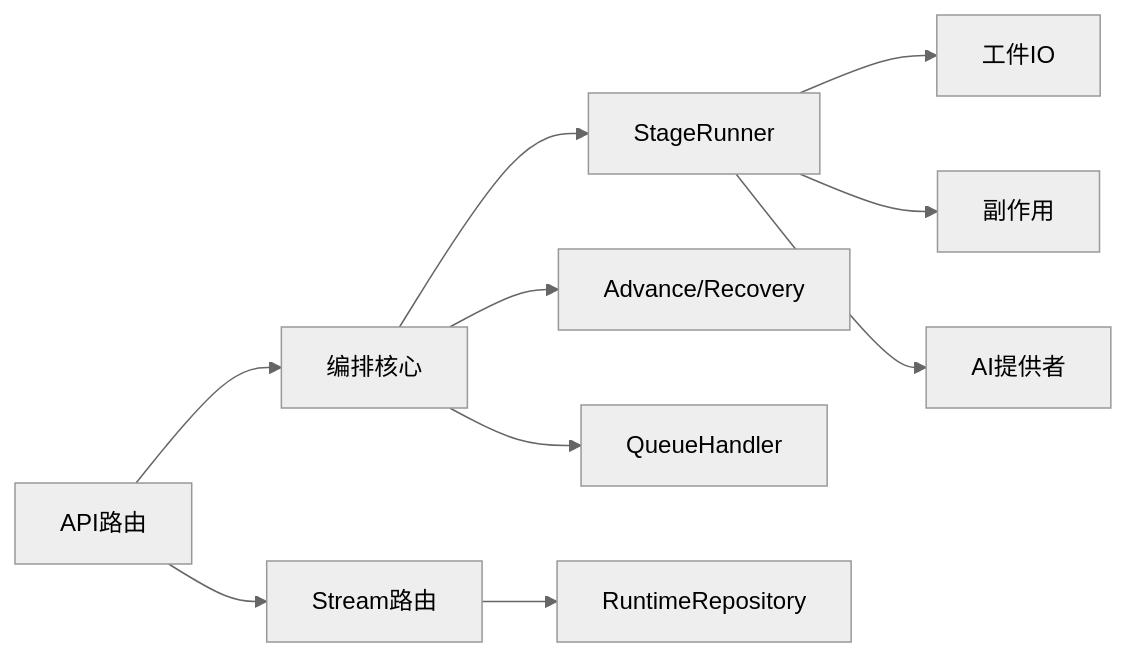
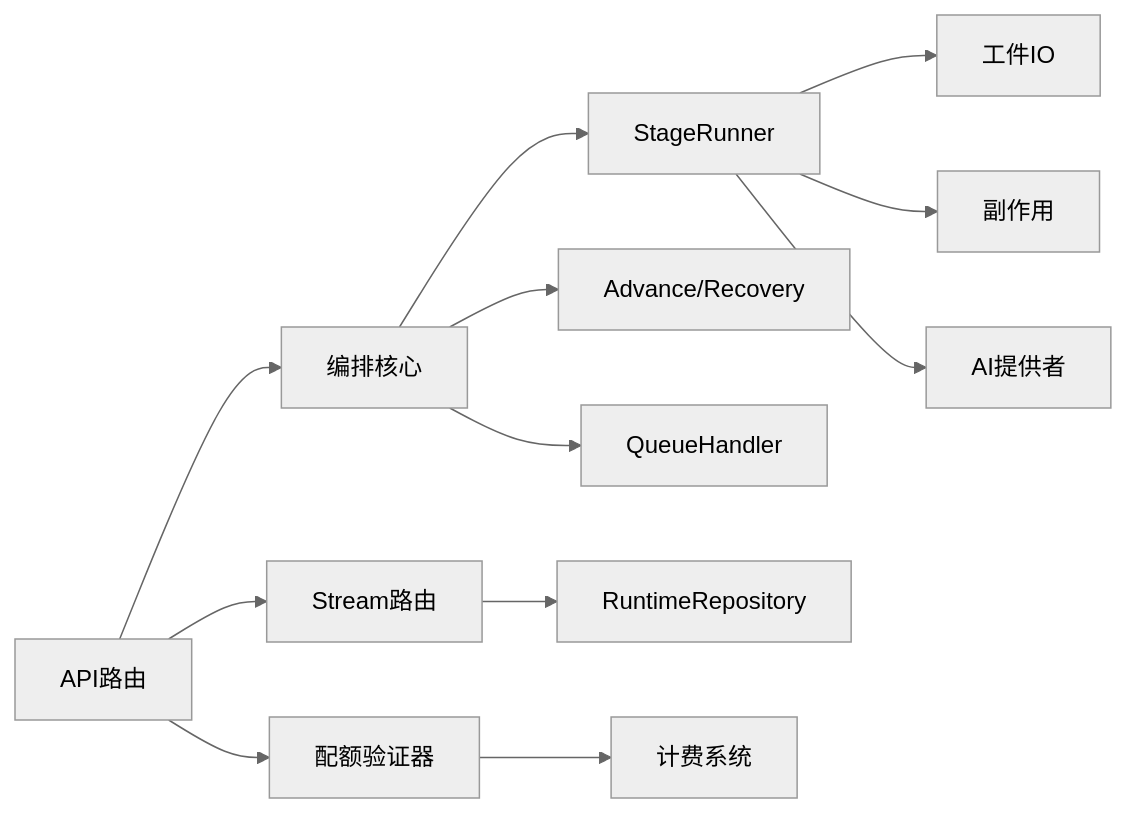
Before and after one commit to scottcwy/PurpleInk: diagram 11 of 11 in .qoder/repowiki/zh/content/API参考/导演系统API/管道编排API.md, drawn with Mermaid (neutral theme). The commit also changed other lines of this file and 48 other files, not shown here.

````diff
--- a/.qoder/repowiki/zh/content/API参考/导演系统API/管道编排API.md
+++ b/.qoder/repowiki/zh/content/API参考/导演系统API/管道编排API.md
@@ -480,12 +507,14 @@
 ```mermaid
 graph LR
 API["API路由"] --> Core["编排核心"]
 Core --> Runner["StageRunner"]
 Runner --> IO["工件IO"]
 Runner --> Effects["副作用"]
 Runner --> AI["AI提供者"]
 Core --> State["Advance/Recovery"]
 Core --> Queue["QueueHandler"]
 API --> Stream["Stream路由"]
 Stream --> Repo["RuntimeRepository"]
+API --> Quota["配额验证器"]
+Quota --> Billing["计费系统"]
 ```
````
